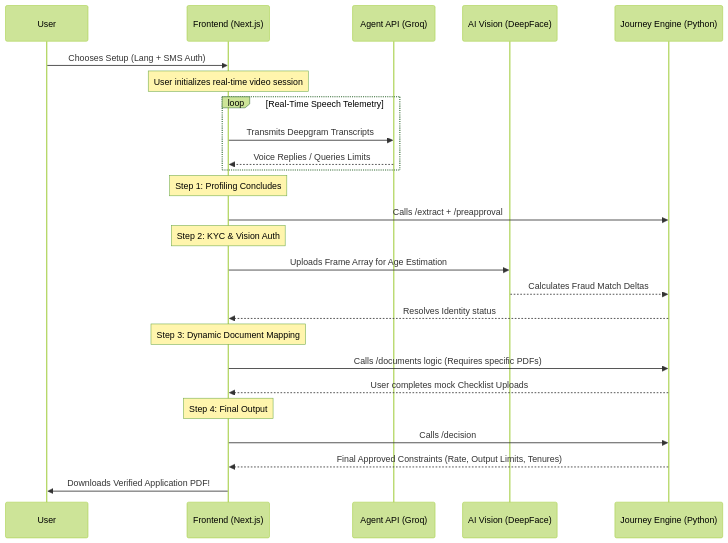
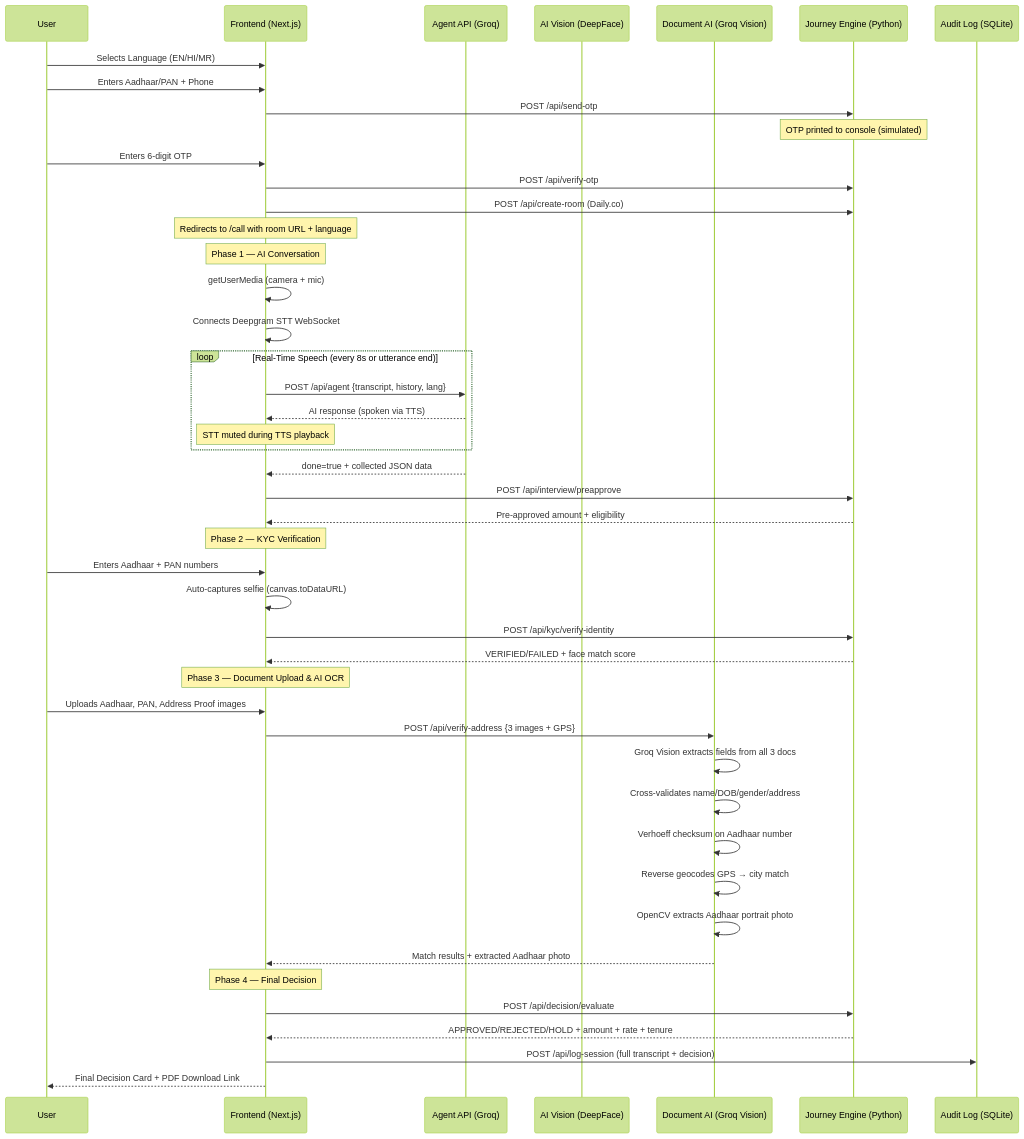
One commit to kkrishhhh/vericall changed the diagram in README.md. Above: the diagram before and after it, drawn with Mermaid (forest theme). The commit also changed other lines of this file and 13 other files, not shown here.

````diff
--- a/README.md
+++ b/README.md
@@ -58,33 +114,53 @@
 ```mermaid
 sequenceDiagram
     participant User
-    participant Frontend (Next.js)
-    participant Agent API (Groq)
-    participant AI Vision (DeepFace)
-    participant Journey Engine (Python)
-    
-    User->>Frontend (Next.js): Chooses Setup (Lang + SMS Auth)
-    note over Frontend (Next.js): User initializes real-time video session
-    
-    loop Real-Time Speech Telemetry
-        Frontend (Next.js)->>Agent API (Groq): Transmits Deepgram Transcripts
-        Agent API (Groq)-->>Frontend (Next.js): Voice Replies / Queries Limits
+    participant Frontend as Frontend (Next.js)
+    participant Agent as Agent API (Groq)
+    participant Vision as AI Vision (DeepFace)
+    participant DocAI as Document AI (Groq Vision)
+    participant Journey as Journey Engine (Python)
+    participant Audit as Audit Log (SQLite)
+
+    User->>Frontend: Selects Language (EN/HI/MR)
+    User->>Frontend: Enters Aadhaar/PAN + Phone
+    Frontend->>Journey: POST /api/send-otp
+    Note over Journey: OTP printed to console (simulated)
+    User->>Frontend: Enters 6-digit OTP
+    Frontend->>Journey: POST /api/verify-otp
+    Frontend->>Journey: POST /api/create-room (Daily.co)
+    Note over Frontend: Redirects to /call with room URL + language
+
+    Note over Frontend: Phase 1 — AI Conversation
+    Frontend->>Frontend: getUserMedia (camera + mic)
+    Frontend->>Frontend: Connects Deepgram STT WebSocket
+    loop Real-Time Speech (every 8s or utterance end)
+        Frontend->>Agent: POST /api/agent {transcript, history, lang}
+        Agent-->>Frontend: AI response (spoken via TTS)
+        Note over Frontend: STT muted during TTS playback
     end
-    
-    note over Frontend (Next.js): Step 1: Profiling Concludes
-    Frontend (Next.js)->>Journey Engine (Python): Calls /extract + /preapproval
-    
-    note over Frontend (Next.js): Step 2: KYC & Vision Auth
-    Frontend (Next.js)->>AI Vision (DeepFace): Uploads Frame Array for Age Estimation
-    AI Vision (DeepFace)-->>Journey Engine (Python): Calculates Fraud Match Deltas
-    Journey Engine (Python)-->>Frontend (Next.js): Resolves Identity status
-    
-    note over Frontend (Next.js): Step 3: Dynamic Document Mapping
-    Frontend (Next.js)->>Journey Engine (Python): Calls /documents logic (Requires specific PDFs)
-    Journey Engine (Python)-->>Frontend (Next.js): User completes mock Checklist Uploads
-    
-    note over Frontend (Next.js): Step 4: Final Output
-    Frontend (Next.js)->>Journey Engine (Python): Calls /decision
-    Journey Engine (Python)-->>Frontend (Next.js): Final Approved Constraints (Rate, Output Limits, Tenures)
-    Frontend (Next.js)->>User: Downloads Verified Application PDF!
+    Agent-->>Frontend: done=true + collected JSON data
+    Frontend->>Journey: POST /api/interview/preapprove
+    Journey-->>Frontend: Pre-approved amount + eligibility
+
+    Note over Frontend: Phase 2 — KYC Verification
+    User->>Frontend: Enters Aadhaar + PAN numbers
+    Frontend->>Frontend: Auto-captures selfie (canvas.toDataURL)
+    Frontend->>Journey: POST /api/kyc/verify-identity
+    Journey-->>Frontend: VERIFIED/FAILED + face match score
+
+    Note over Frontend: Phase 3 — Document Upload & AI OCR
+    User->>Frontend: Uploads Aadhaar, PAN, Address Proof images
+    Frontend->>DocAI: POST /api/verify-address {3 images + GPS}
+    DocAI->>DocAI: Groq Vision extracts fields from all 3 docs
+    DocAI->>DocAI: Cross-validates name/DOB/gender/address
+    DocAI->>DocAI: Verhoeff checksum on Aadhaar number
+    DocAI->>DocAI: Reverse geocodes GPS → city match
+    DocAI->>DocAI: OpenCV extracts Aadhaar portrait photo
+    DocAI-->>Frontend: Match results + extracted Aadhaar photo
+
+    Note over Frontend: Phase 4 — Final Decision
+    Frontend->>Journey: POST /api/decision/evaluate
+    Journey-->>Frontend: APPROVED/REJECTED/HOLD + amount + rate + tenure
+    Frontend->>Audit: POST /api/log-session (full transcript + decision)
+    Frontend-->>User: Final Decision Card + PDF Download Link
 ```
````
